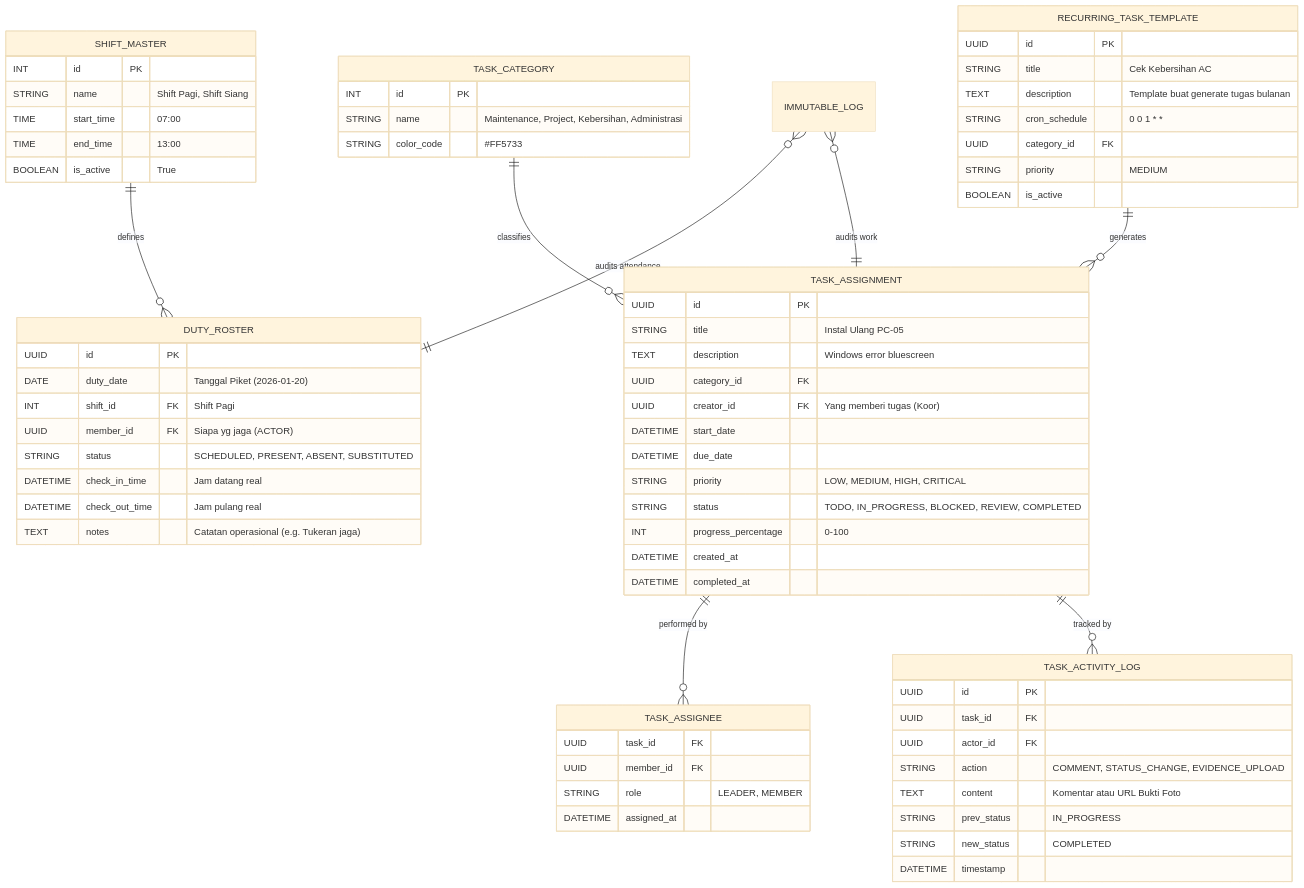
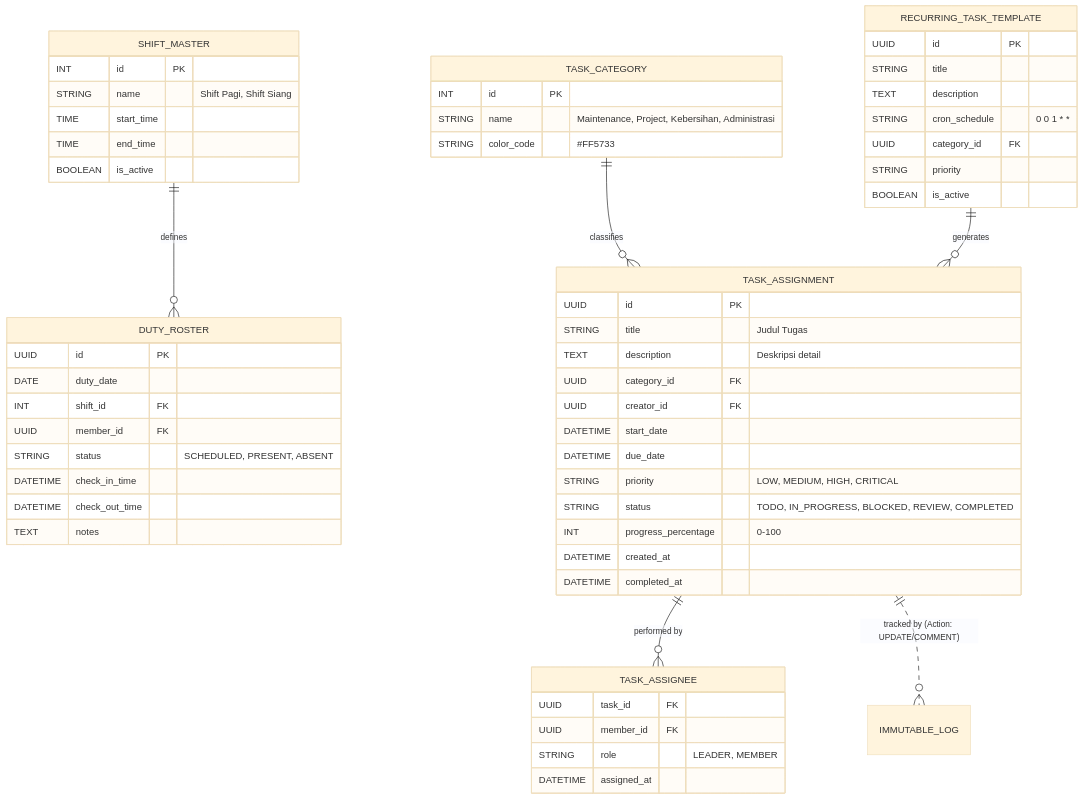
One commit to zuudevs/SAQ-ERP changed the diagram in docs/erd/task.md. Above: the diagram before and after it, drawn with Mermaid (base theme). The commit also changed 3 other files, not shown here.

Commit message:
feat: Update ERD documentation for archive, task, and immutable log; add data dictionary updates

````diff
--- a/docs/erd/task.md
+++ b/docs/erd/task.md
@@ -6,28 +6,24 @@
     SHIFT_MASTER {
         INT id PK
         STRING name "Shift Pagi, Shift Siang"
-        TIME start_time "07:00"
-        TIME end_time "13:00"
-        BOOLEAN is_active "True"
+        TIME start_time
+        TIME end_time
+        BOOLEAN is_active
     }
 
     DUTY_ROSTER {
         UUID id PK
-        DATE duty_date "Tanggal Piket (2026-01-20)"
-        INT shift_id FK "Shift Pagi"
-        UUID member_id FK "Siapa yg jaga (ACTOR)"
-        
-        %% Status Kehadiran
-        STRING status "SCHEDULED, PRESENT, ABSENT, SUBSTITUTED"
-        
-        %% Validasi
-        DATETIME check_in_time "Jam datang real"
-        DATETIME check_out_time "Jam pulang real"
-        TEXT notes "Catatan operasional (e.g. Tukeran jaga)"
+        DATE duty_date
+        INT shift_id FK
+        UUID member_id FK
+        STRING status "SCHEDULED, PRESENT, ABSENT"
+        DATETIME check_in_time
+        DATETIME check_out_time
+        TEXT notes
     }
 
     %% ==========================================
-    %% 2. MANAJEMEN TUGAS (TASK MANAGEMENT)
+    %% 2. KATEGORI & DEFINISI TUGAS
     %% ==========================================
     TASK_CATEGORY {
         INT id PK
@@ -37,10 +33,10 @@
 
     TASK_ASSIGNMENT {
         UUID id PK
-        STRING title "Instal Ulang PC-05"
-        TEXT description "Windows error bluescreen"
+        STRING title "Judul Tugas"
+        TEXT description "Deskripsi detail"
         UUID category_id FK
-        UUID creator_id FK "Yang memberi tugas (Koor)"
+        UUID creator_id FK
         
         %% Manajemen Waktu & Prioritas
         DATETIME start_date
@@ -67,29 +63,15 @@
     }
 
     %% ==========================================
-    %% 4. KOMENTAR & BUKTI (ACTIVITY LOG)
-    %% ==========================================
-    TASK_ACTIVITY_LOG {
-        UUID id PK
-        UUID task_id FK
-        UUID actor_id FK
-        STRING action "COMMENT, STATUS_CHANGE, EVIDENCE_UPLOAD"
-        TEXT content "Komentar atau URL Bukti Foto"
-        STRING prev_status "IN_PROGRESS"
-        STRING new_status "COMPLETED"
-        DATETIME timestamp
-    }
-
-    %% ==========================================
-    %% 5. AUTOMATION (TEMPLATE TUGAS BERULANG)
+    %% 4. AUTOMATION
     %% ==========================================
     RECURRING_TASK_TEMPLATE {
         UUID id PK
-        STRING title "Cek Kebersihan AC"
-        TEXT description "Template buat generate tugas bulanan"
+        STRING title
+        TEXT description
         STRING cron_schedule "0 0 1 * *"
         UUID category_id FK
-        STRING priority "MEDIUM"
+        STRING priority
         BOOLEAN is_active
     }
 
@@ -103,12 +85,10 @@
     %% Tugas
     TASK_CATEGORY ||--o{ TASK_ASSIGNMENT : "classifies"
     TASK_ASSIGNMENT ||--o{ TASK_ASSIGNEE : "performed by"
-    TASK_ASSIGNMENT ||--o{ TASK_ACTIVITY_LOG : "tracked by"
     
     %% Automation
     RECURRING_TASK_TEMPLATE ||--o{ TASK_ASSIGNMENT : "generates"
 
-    %% Audit
-    IMMUTABLE_LOG }o--|| DUTY_ROSTER : "audits attendance"
-    IMMUTABLE_LOG }o--|| TASK_ASSIGNMENT : "audits work"
+    %% Audit & History (Logika ke Central Log)
+    TASK_ASSIGNMENT ||..o{ IMMUTABLE_LOG : "tracked by (Action: UPDATE/COMMENT)"
 ```
````
